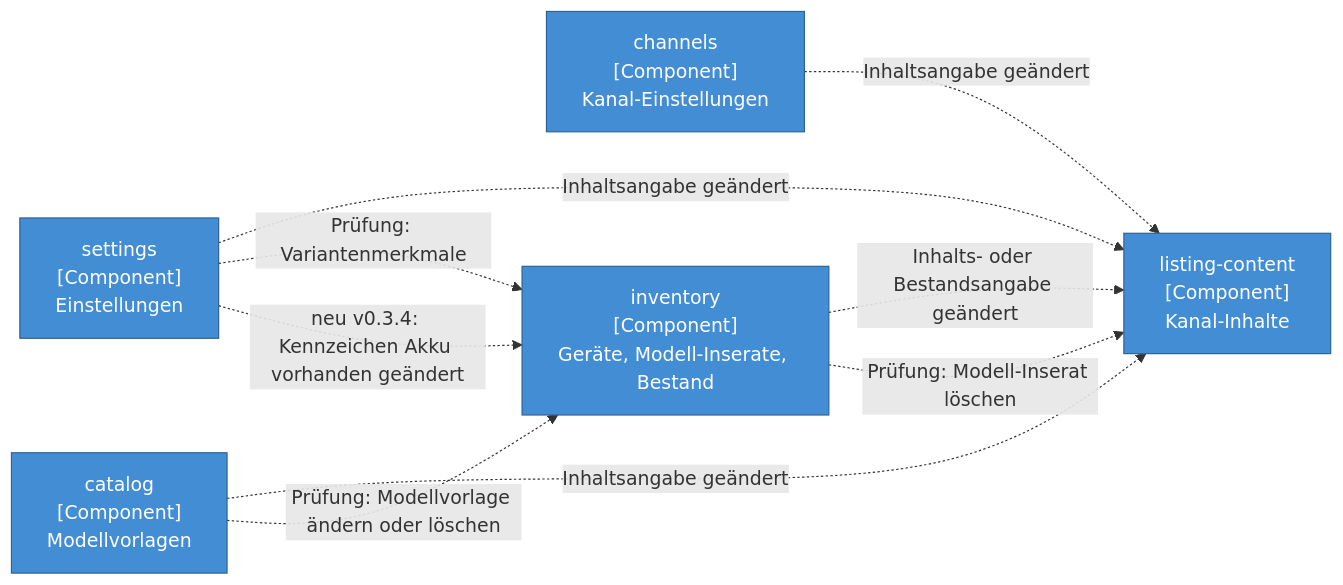
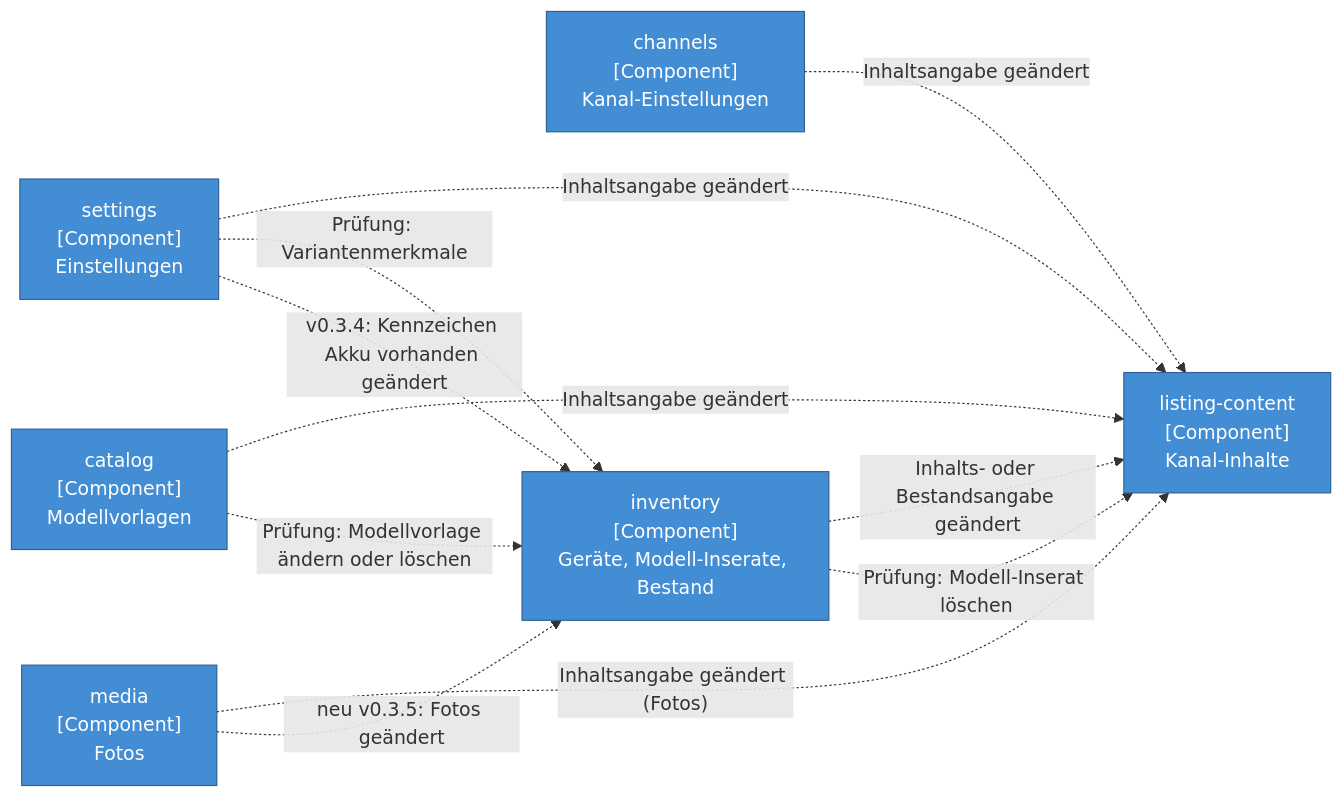
One commit to MarloNET/resellr changed the fourth of 13 diagrams in docs/architecture/architecture-baseline.md. Above: the diagram before and after it, drawn with Mermaid. The commit also changed other lines of this file and 1 other file, not shown here.

````diff
--- a/docs/architecture/architecture-baseline.md
+++ b/docs/architecture/architecture-baseline.md
@@ -448,17 +501,20 @@
 ```mermaid
 flowchart LR
   classDef container fill:#438dd5,stroke:#2e6295,color:#ffffff
 
   settings["settings<br/>[Component]<br/>Einstellungen"]:::container
   catalog["catalog<br/>[Component]<br/>Modellvorlagen"]:::container
   channels["channels<br/>[Component]<br/>Kanal-Einstellungen"]:::container
+  mediaC["media<br/>[Component]<br/>Fotos"]:::container
   inventory["inventory<br/>[Component]<br/>Geräte, Modell-Inserate, Bestand"]:::container
   lc["listing-content<br/>[Component]<br/>Kanal-Inhalte"]:::container
 
   settings & catalog & channels -.->|"Inhaltsangabe geändert"| lc
   inventory -.->|"Inhalts- oder Bestandsangabe geändert"| lc
+  mediaC -.->|"Inhaltsangabe geändert (Fotos)"| lc
   settings -.->|"Prüfung: Variantenmerkmale"| inventory
   catalog -.->|"Prüfung: Modellvorlage ändern oder löschen"| inventory
   inventory -.->|"Prüfung: Modell-Inserat löschen"| lc
-  settings -.->|"neu v0.3.4: Kennzeichen Akku vorhanden geändert"| inventory
+  settings -.->|"v0.3.4: Kennzeichen Akku vorhanden geändert"| inventory
+  mediaC -.->|"neu v0.3.5: Fotos geändert"| inventory
 ```
````
